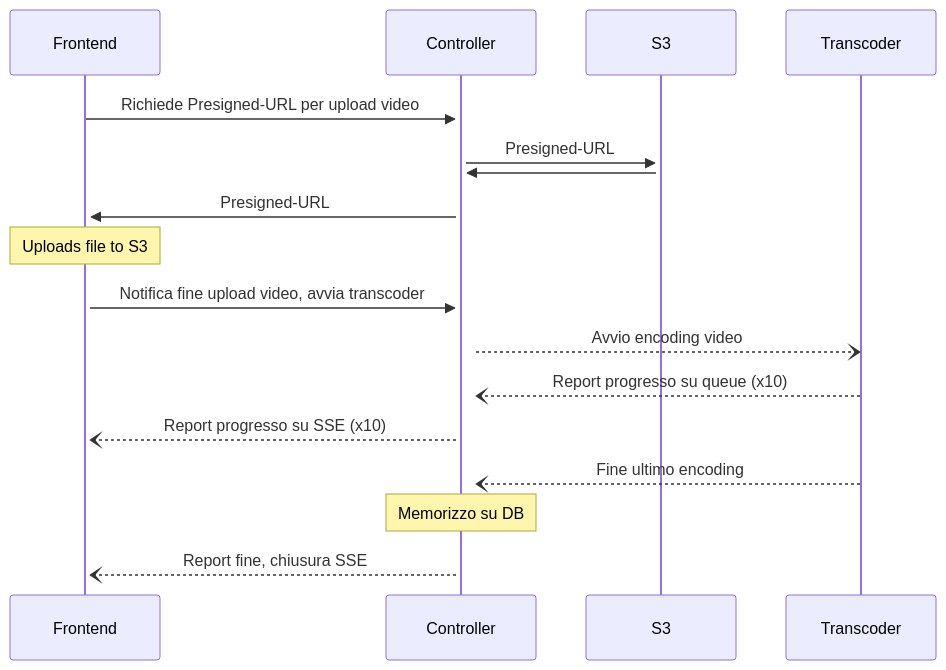
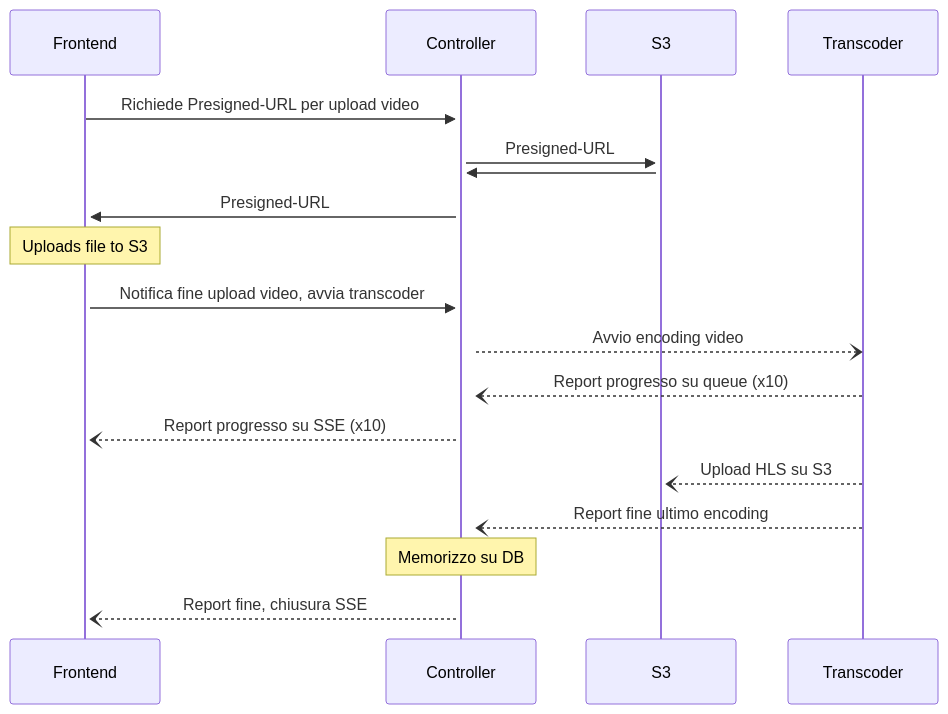
Before and after one commit to Frig00/Cloud-Computing-Project: the diagram in docs/upload-flow.md, drawn with Mermaid.

````diff
--- a/docs/upload-flow.md
+++ b/docs/upload-flow.md
@@ -2,15 +2,16 @@
 ```mermaid
 sequenceDiagram
     Frontend->>+Controller: Richiede Presigned-URL per upload video
     Controller->>+S3: Presigned-URL
     S3->>+Controller: 
     Controller->>+Frontend: Presigned-URL
     Note over Frontend: Uploads file to S3
     Frontend->>+Controller: Notifica fine upload video, avvia transcoder
     Controller--)Transcoder: Avvio encoding video
     Transcoder--)Controller: Report progresso su queue (x10)
     Controller--)Frontend: Report progresso su SSE (x10)
-    Transcoder--)Controller: Fine ultimo encoding
+    Transcoder--)S3: Upload HLS su S3
+    Transcoder--)Controller: Report fine ultimo encoding
     Note over Controller: Memorizzo su DB
     Controller--)Frontend: Report fine, chiusura SSE
 ```
````
